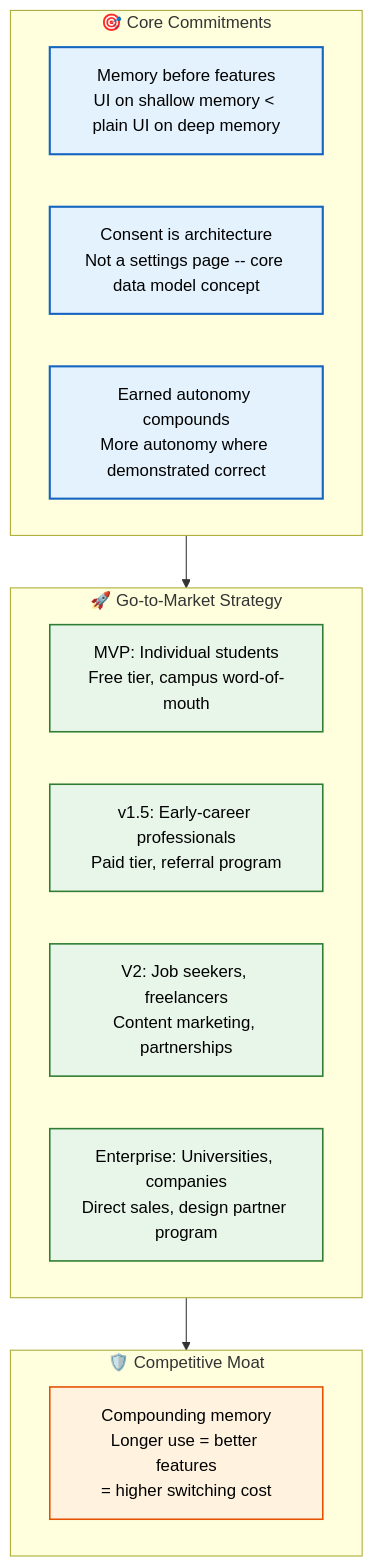
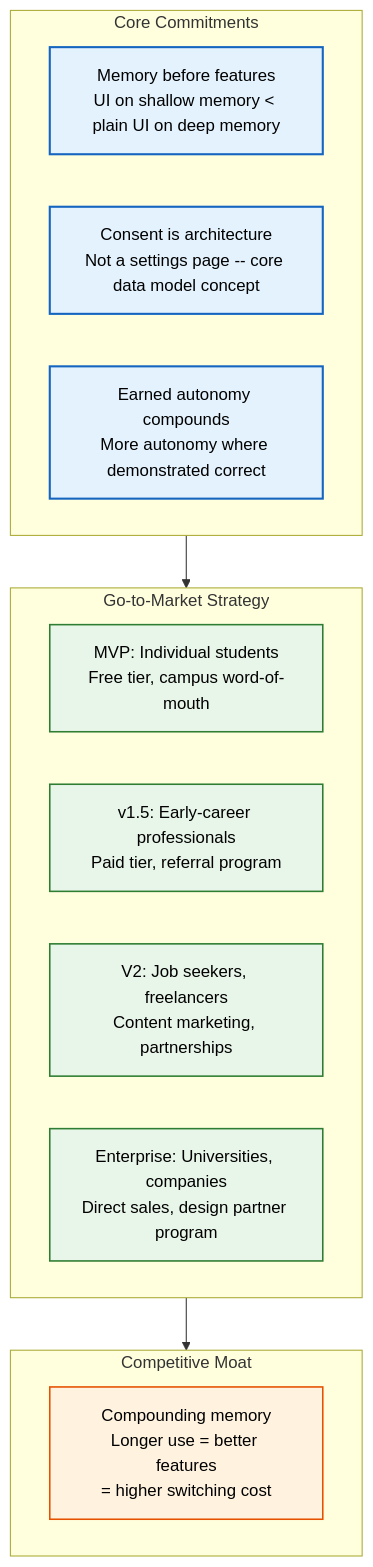
One commit to Driftloom/Vaeloom changed the diagram in docs/product/Product-Strategy.md. Above: the diagram before and after it, drawn with Mermaid. The commit also changed 694 other files, not shown here.

First line of the commit message:
docs: mermaid standardization — encoding/mermaid/duplicate cleanup

````diff
--- a/docs/product/Product-Strategy.md
+++ b/docs/product/Product-Strategy.md
@@ -8,29 +8,29 @@
 ```mermaid
 graph TD
-    classDef commit fill:#e3f2fd,stroke:#1565c0,color:#000,stroke-width:2px
-    classDef gtm fill:#e8f5e9,stroke:#2e7d32,color:#000,stroke-width:1.5px
-    classDef moat fill:#fff3e0,stroke:#e65100,color:#000,stroke-width:1.5px
+ classDef commit fill:#e3f2fd,stroke:#1565c0,color:#000,stroke-width:2px
+ classDef gtm fill:#e8f5e9,stroke:#2e7d32,color:#000,stroke-width:1.5px
+ classDef moat fill:#fff3e0,stroke:#e65100,color:#000,stroke-width:1.5px
 
-    subgraph Commitments["🎯 Core Commitments"]
-        C1["Memory before features<br/>UI on shallow memory < plain UI on deep memory"]
-        C2["Consent is architecture<br/>Not a settings page -- core data model concept"]
-        C3["Earned autonomy compounds<br/>More autonomy where demonstrated correct"]
-    end
+ subgraph Commitments["Core Commitments"]
+ C1["Memory before features<br/>UI on shallow memory < plain UI on deep memory"]
+ C2["Consent is architecture<br/>Not a settings page -- core data model concept"]
+ C3["Earned autonomy compounds<br/>More autonomy where demonstrated correct"]
+ end
 
-    subgraph GTM["🚀 Go-to-Market Strategy"]
-        G1["MVP: Individual students<br/>Free tier, campus word-of-mouth"]
-        G2["v1.5: Early-career professionals<br/>Paid tier, referral program"]
-        G3["V2: Job seekers, freelancers<br/>Content marketing, partnerships"]
-        G4["Enterprise: Universities, companies<br/>Direct sales, design partner program"]
-    end
+ subgraph GTM["Go-to-Market Strategy"]
+ G1["MVP: Individual students<br/>Free tier, campus word-of-mouth"]
+ G2["v1.5: Early-career professionals<br/>Paid tier, referral program"]
+ G3["V2: Job seekers, freelancers<br/>Content marketing, partnerships"]
+ G4["Enterprise: Universities, companies<br/>Direct sales, design partner program"]
+ end
 
-    subgraph Moat["🛡️ Competitive Moat"]
-        M["Compounding memory<br/>Longer use = better features<br/>= higher switching cost"]
-    end
+ subgraph Moat["Competitive Moat"]
+ M["Compounding memory<br/>Longer use = better features<br/>= higher switching cost"]
+ end
 
-    Commitments --> GTM --> Moat
+ Commitments--> GTM--> Moat
 
-    class C1,C2,C3 commit
-    class G1,G2,G3,G4 gtm
-    class M moat
+ class C1,C2,C3 commit
+ class G1,G2,G3,G4 gtm
+ class M moat
 ```
````
